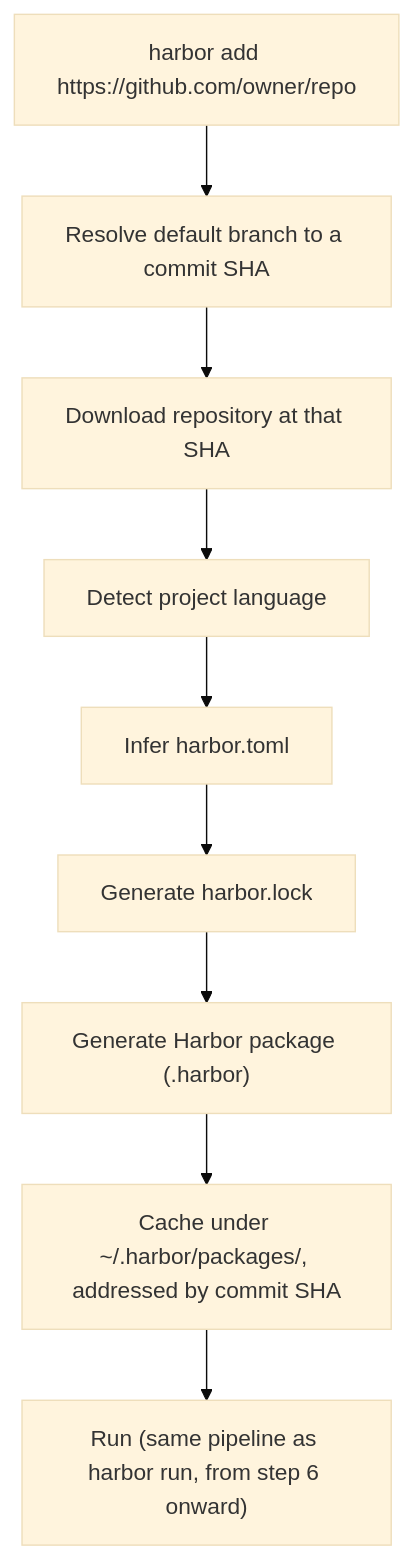
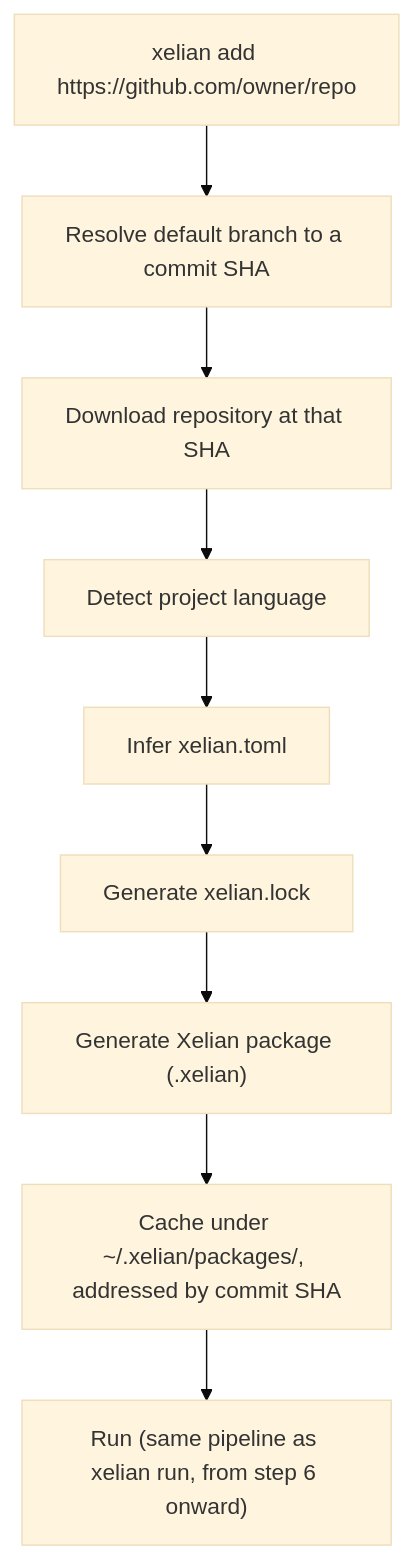
One commit to yuvitbatra/Xelian changed the third of 3 diagrams in SPEC.md. Above: the diagram before and after it, drawn with Mermaid (base theme). The commit also changed other lines of this file and 70 other files, not shown here.

First line of the commit message:
H-200: rename Harbor -> Xelian across the entire project

````diff
--- a/SPEC.md
+++ b/SPEC.md
@@ -873,11 +873,11 @@
 ```mermaid
 flowchart TD
-    A["harbor add https://github.com/owner/repo"] --> B["Resolve default branch to a commit SHA"]
+    A["xelian add https://github.com/owner/repo"] --> B["Resolve default branch to a commit SHA"]
     B --> C[Download repository at that SHA]
     C --> D[Detect project language]
-    D --> E["Infer harbor.toml"]
-    E --> F["Generate harbor.lock"]
-    F --> G["Generate Harbor package (.harbor)"]
-    G --> H["Cache under ~/.harbor/packages/, addressed by commit SHA"]
-    H --> I["Run (same pipeline as harbor run, from step 6 onward)"]
+    D --> E["Infer xelian.toml"]
+    E --> F["Generate xelian.lock"]
+    F --> G["Generate Xelian package (.xelian)"]
+    G --> H["Cache under ~/.xelian/packages/, addressed by commit SHA"]
+    H --> I["Run (same pipeline as xelian run, from step 6 onward)"]
 ```
````
